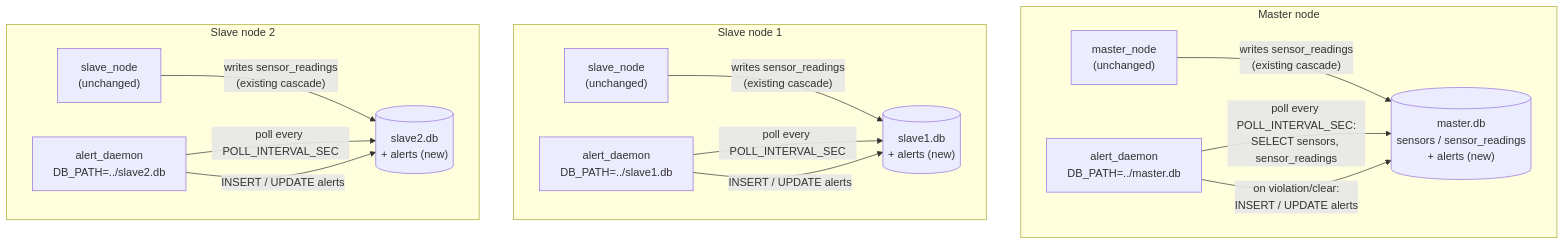
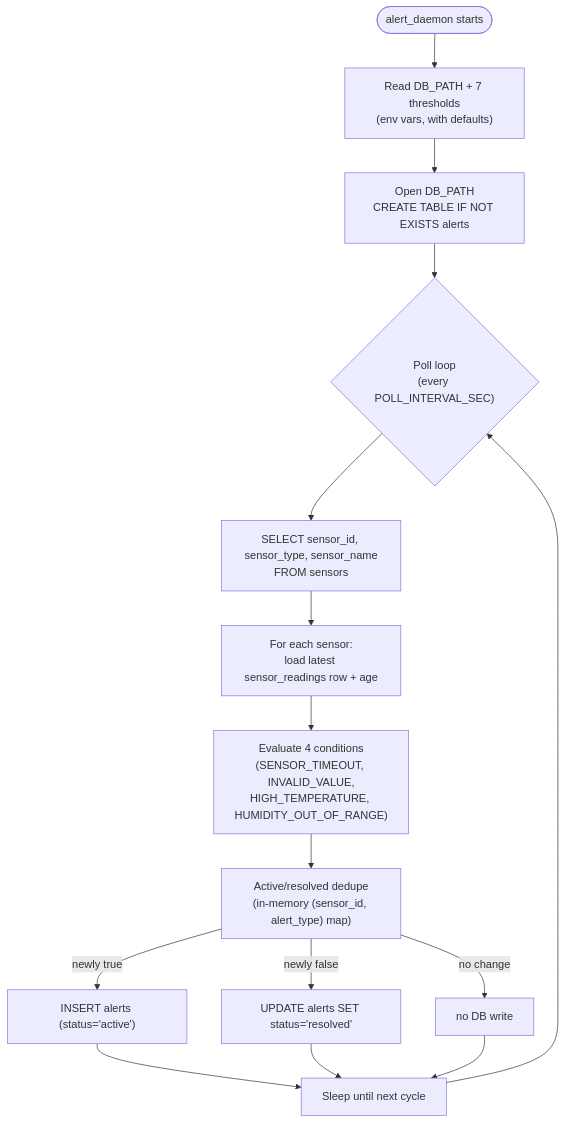
One commit to MaximumAsp66915/Embeded-RealTime-Systems changed the diagram in Phase6/README.md. Above: the diagram before and after it, drawn with Mermaid. The commit also changed other lines of this file and 2 other files, not shown here.

````diff
--- a/Phase6/README.md
+++ b/Phase6/README.md
@@ -214,32 +95,17 @@
 ```mermaid
 flowchart TB
-    subgraph MASTER["Master node"]
-        MNODE["master_node\n(unchanged)"]
-        MDB[("master.db\nsensors / sensor_readings\n+ alerts (new)")]
-        MDAEMON["alert_daemon\nDB_PATH=../master.db"]
-    end
-
-    subgraph SLAVE1["Slave node 1"]
-        S1["slave_node\n(unchanged)"]
-        S1DB[("slave1.db\n+ alerts (new)")]
-        S1DAEMON["alert_daemon\nDB_PATH=../slave1.db"]
-    end
-
-    subgraph SLAVE2["Slave node 2"]
-        S2["slave_node\n(unchanged)"]
-        S2DB[("slave2.db\n+ alerts (new)")]
-        S2DAEMON["alert_daemon\nDB_PATH=../slave2.db"]
-    end
-
-    MNODE -- "writes sensor_readings\n(existing cascade)" --> MDB
-    MDAEMON -- "poll every POLL_INTERVAL_SEC:\nSELECT sensors, sensor_readings" --> MDB
-    MDAEMON -- "on violation/clear:\nINSERT / UPDATE alerts" --> MDB
-
-    S1 -- "writes sensor_readings\n(existing cascade)" --> S1DB
-    S1DAEMON -- "poll every POLL_INTERVAL_SEC" --> S1DB
-    S1DAEMON -- "INSERT / UPDATE alerts" --> S1DB
-
-    S2 -- "writes sensor_readings\n(existing cascade)" --> S2DB
-    S2DAEMON -- "poll every POLL_INTERVAL_SEC" --> S2DB
-    S2DAEMON -- "INSERT / UPDATE alerts" --> S2DB
+    START(["alert_daemon starts"]) --> ENV["Read DB_PATH + 7 thresholds\n(env vars, with defaults)"]
+    ENV --> INIT["Open DB_PATH\nCREATE TABLE IF NOT EXISTS alerts"]
+    INIT --> LOOP{"Poll loop\n(every POLL_INTERVAL_SEC)"}
+    LOOP --> SENSORS["SELECT sensor_id, sensor_type, sensor_name\nFROM sensors"]
+    SENSORS --> FOREACH["For each sensor:\nload latest sensor_readings row + age"]
+    FOREACH --> EVAL["Evaluate 4 conditions\n(SENSOR_TIMEOUT, INVALID_VALUE,\nHIGH_TEMPERATURE, HUMIDITY_OUT_OF_RANGE)"]
+    EVAL --> DEDUPE["Active/resolved dedupe\n(in-memory (sensor_id, alert_type) map)"]
+    DEDUPE -- "newly true" --> INSERT["INSERT alerts (status='active')"]
+    DEDUPE -- "newly false" --> UPDATE["UPDATE alerts SET status='resolved'"]
+    DEDUPE -- "no change" --> SKIP["no DB write"]
+    INSERT --> SLEEP["Sleep until next cycle"]
+    UPDATE --> SLEEP
+    SKIP --> SLEEP
+    SLEEP --> LOOP
 ```
````
